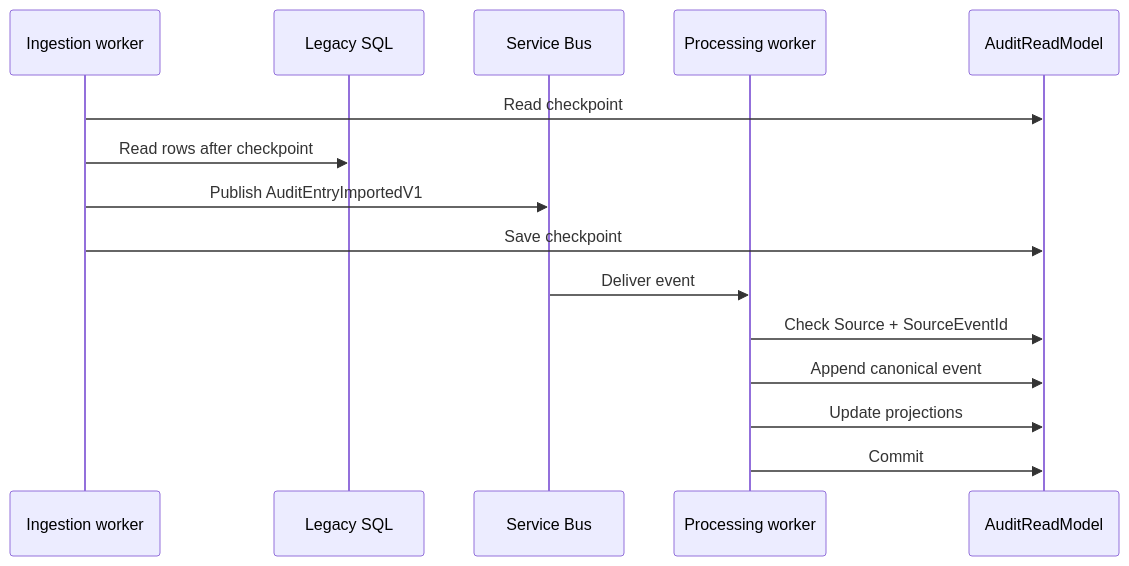
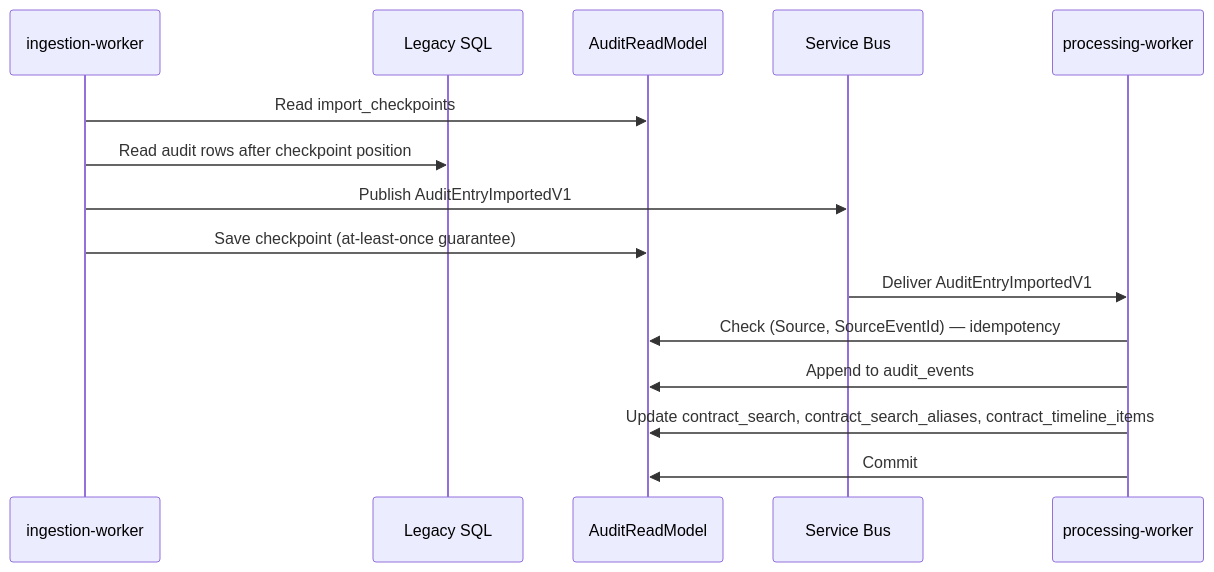
One commit to mmusiol-bitbite/publink changed the first of 3 diagrams in docs/diagrams/sequence/import-processing.md. Above: the diagram before and after it, drawn with Mermaid. The commit also changed other lines of this file and 30 other files, not shown here.

````diff
--- a/docs/diagrams/sequence/import-processing.md
+++ b/docs/diagrams/sequence/import-processing.md
@@ -13,17 +13,17 @@
 ```mermaid
 sequenceDiagram
-    participant Worker as Ingestion worker
+    participant Worker as ingestion-worker
     participant Legacy as Legacy SQL
+    participant DB as AuditReadModel
     participant Bus as Service Bus
-    participant Processor as Processing worker
-    participant DB as AuditReadModel
-    Worker->>DB: Read checkpoint
-    Worker->>Legacy: Read rows after checkpoint
+    participant Processor as processing-worker
+    Worker->>DB: Read import_checkpoints
+    Worker->>Legacy: Read audit rows after checkpoint position
     Worker->>Bus: Publish AuditEntryImportedV1
-    Worker->>DB: Save checkpoint
-    Bus->>Processor: Deliver event
-    Processor->>DB: Check Source + SourceEventId
-    Processor->>DB: Append canonical event
-    Processor->>DB: Update projections
+    Worker->>DB: Save checkpoint (at-least-once guarantee)
+    Bus->>Processor: Deliver AuditEntryImportedV1
+    Processor->>DB: Check (Source, SourceEventId) — idempotency
+    Processor->>DB: Append to audit_events
+    Processor->>DB: Update contract_search, contract_search_aliases, contract_timeline_items
     Processor->>DB: Commit
 ```
````
